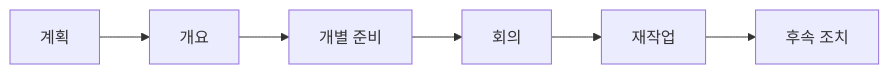
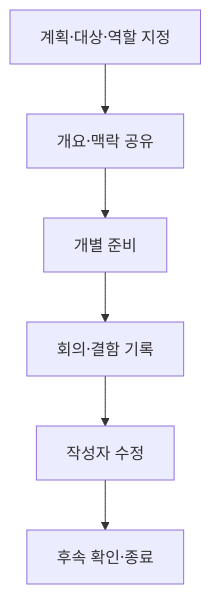
One commit to agnusdei1207/study changed the first of 2 diagrams in src/content/docs/notes/itpe/02-software-engineering/058_inspection.md. Above: the diagram before and after it, drawn with Mermaid. The commit also changed other lines of this file and 31 other files, not shown here.

Commit message:
docs(itpe): correct software engineering architecture and test notes

````diff
--- a/src/content/docs/notes/itpe/02-software-engineering/058_inspection.md
+++ b/src/content/docs/notes/itpe/02-software-engineering/058_inspection.md
@@ -93,8 +66,8 @@
 ```mermaid
-flowchart LR
-    S1["계획"] --> S2["개요"]
-    S2 --> S3["개별 준비"]
-    S3 --> S4["회의"]
-    S4 --> S5["재작업"]
-    S5 --> S6["후속 조치"]
+flowchart TD
+    A["계획·대상·역할 지정"] --> B["개요·맥락 공유"]
+    B --> C["개별 준비"]
+    C --> D["회의·결함 기록"]
+    D --> E["작성자 수정"]
+    E --> F["후속 확인·종료"]
 ```
````
